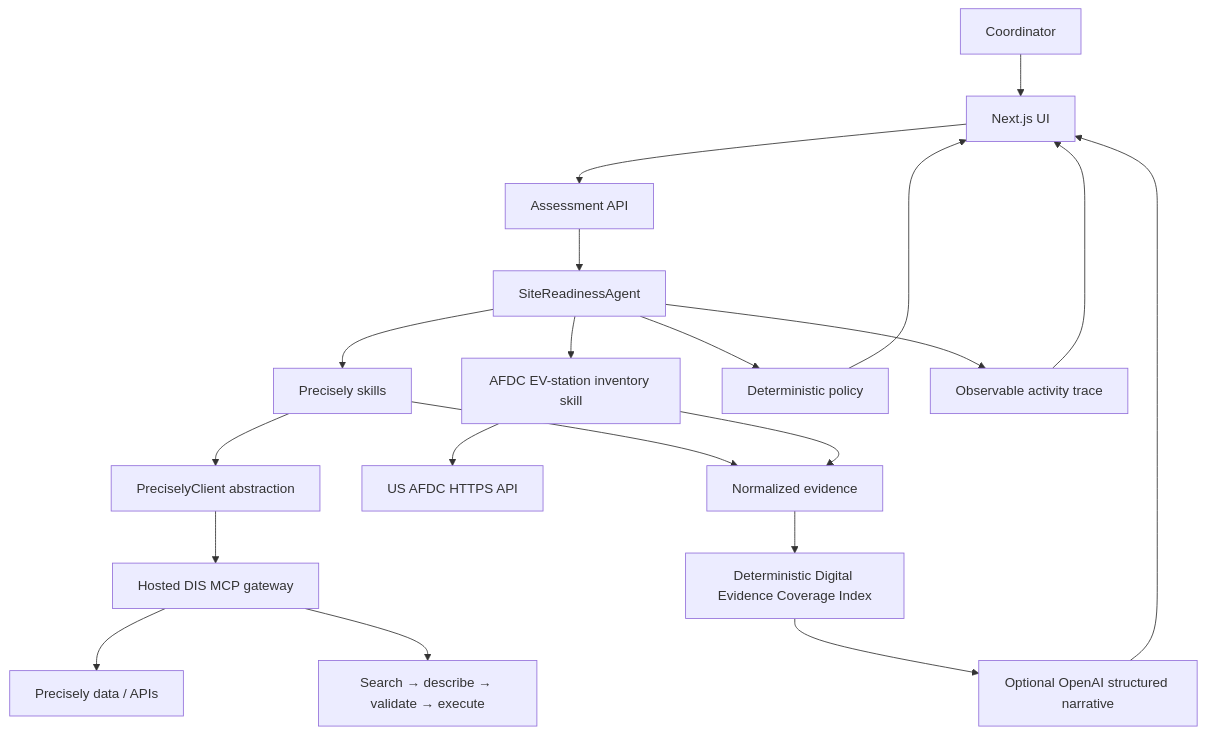
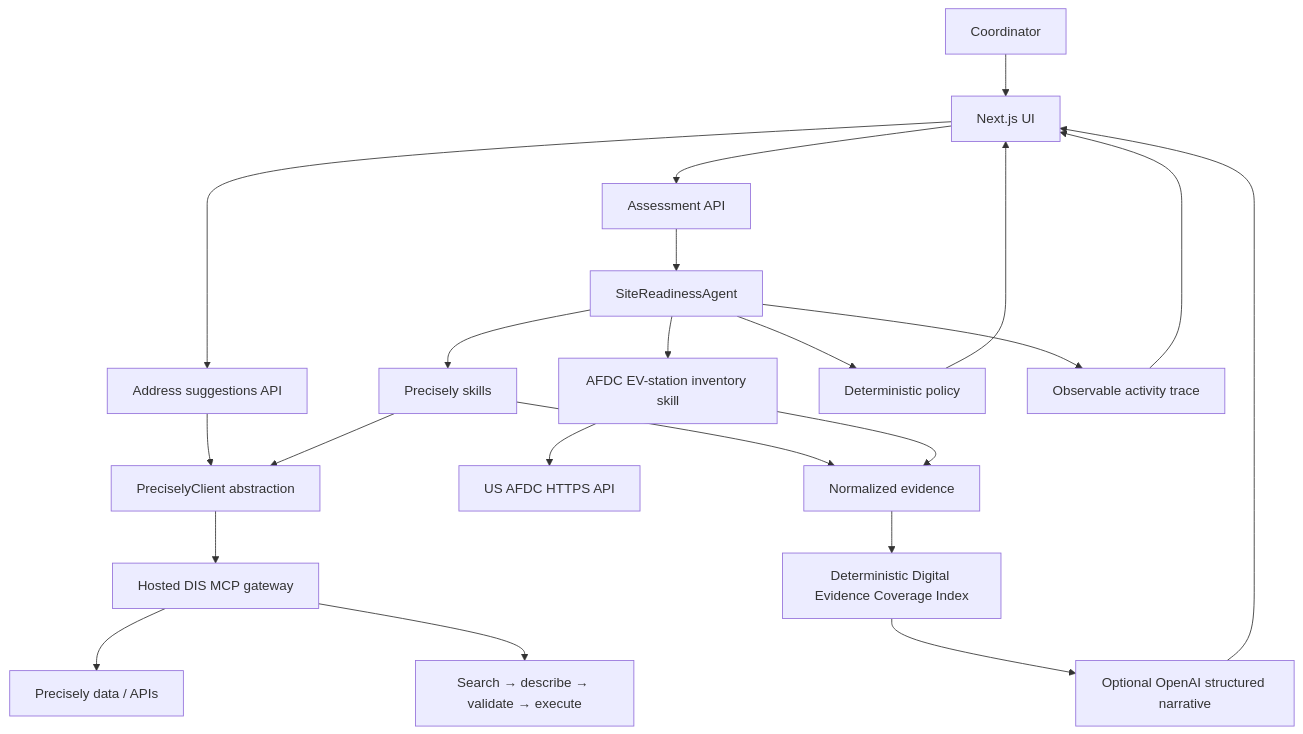
The diagram in docs/architecture.md (Divij10/InstallIQ), drawn with Mermaid before and after one commit. The commit also changed other lines of this file and 7 other files, not shown here.

````diff
--- a/docs/architecture.md
+++ b/docs/architecture.md
@@ -3,22 +3,24 @@
 ```mermaid
 flowchart TD
   U[Coordinator] --> UI[Next.js UI]
+  UI --> SUG[Address suggestions API]
   UI --> API[Assessment API]
+  SUG --> C[PreciselyClient abstraction]
   API --> A[SiteReadinessAgent]
   A --> S[Precisely skills]
   A --> EV[AFDC EV-station inventory skill]
   A --> P[Deterministic policy]
-  S --> C[PreciselyClient abstraction]
+  S --> C
   C --> M[Hosted DIS MCP gateway]
   M --> D[Precisely data / APIs]
   M --> L[Search → describe → validate → execute]
   EV --> F[US AFDC HTTPS API]
   S --> E[Normalized evidence]
   EV --> E
   E --> I[Deterministic Digital Evidence Coverage Index]
   A --> T[Observable activity trace]
   I --> N[Optional OpenAI structured narrative]
   P --> UI
   N --> UI
   T --> UI
 ```
````
